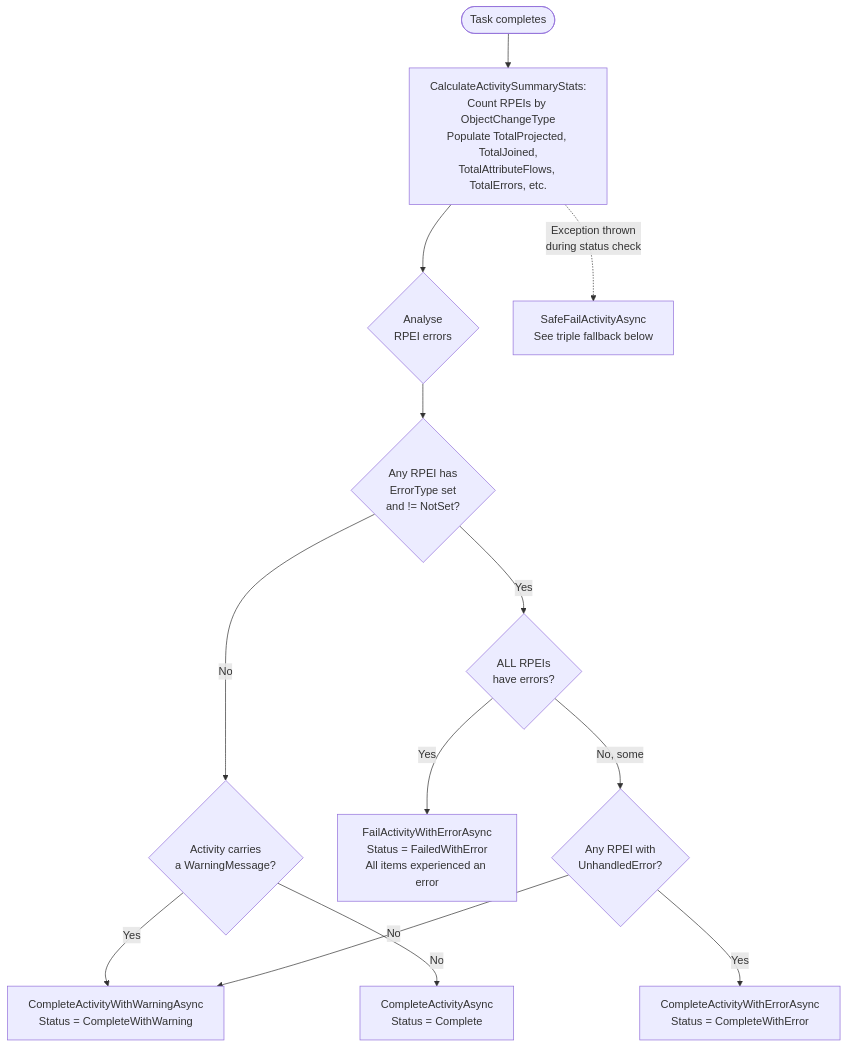
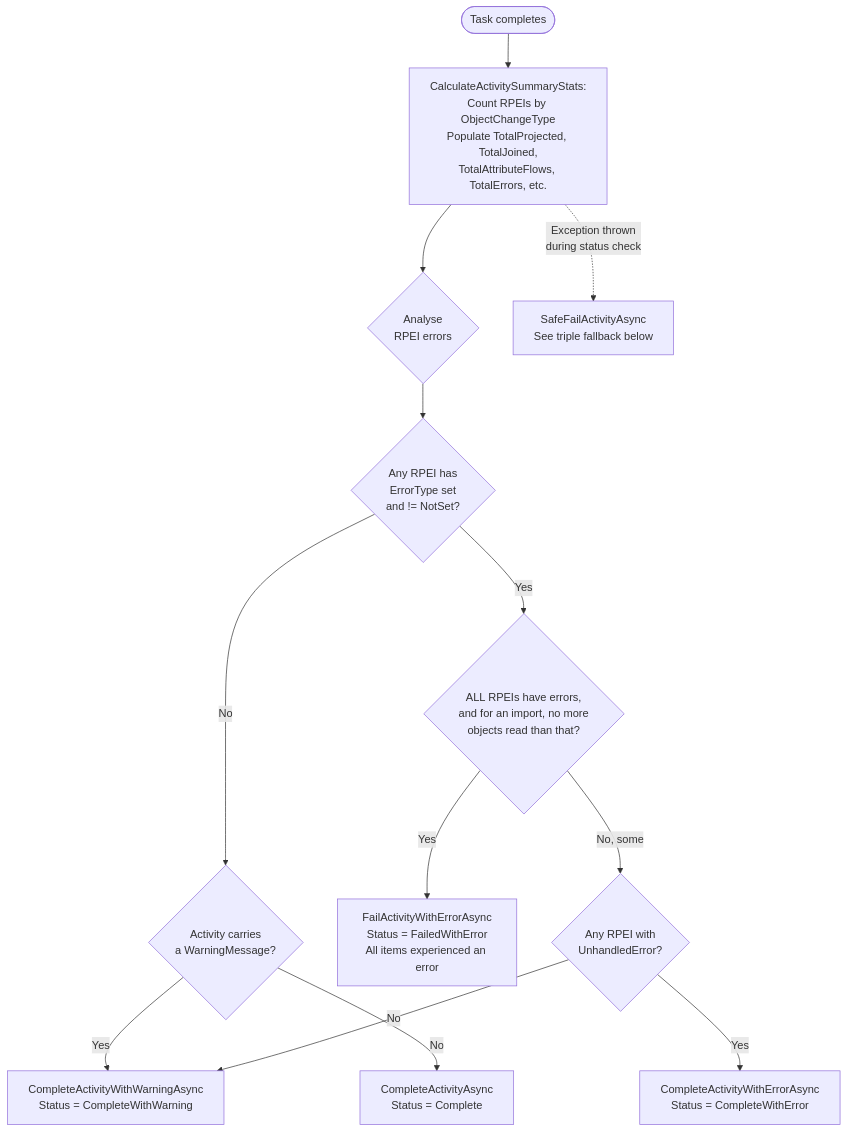
One commit to TetronIO/JIM changed the fifth of 6 diagrams in docs/developer/diagrams/ACTIVITY_AND_RPEI_FLOW.md. Above: the diagram before and after it, drawn with Mermaid. The commit also changed other lines of this file and 25 other files, not shown here.

````diff
--- a/docs/developer/diagrams/ACTIVITY_AND_RPEI_FLOW.md
+++ b/docs/developer/diagrams/ACTIVITY_AND_RPEI_FLOW.md
@@ -165,22 +165,22 @@
 ```mermaid
 flowchart TD
     TaskDone([Task completes]) --> CalcStats[CalculateActivitySummaryStats:<br/>Count RPEIs by ObjectChangeType<br/>Populate TotalProjected, TotalJoined,<br/>TotalAttributeFlows, TotalErrors, etc.]
 
     CalcStats --> CheckErrors{Analyse<br/>RPEI errors}
 
     CheckErrors --> HasErrors{Any RPEI has<br/>ErrorType set<br/>and != NotSet?}
 
     HasErrors -->|No| HasWarning{Activity carries<br/>a WarningMessage?}
     HasWarning -->|Yes| WarnActivity
     HasWarning -->|No| CompleteOk
 
-    HasErrors -->|Yes| AllErrors{ALL RPEIs<br/>have errors?}
+    HasErrors -->|Yes| AllErrors{ALL RPEIs have errors,<br/>and for an import, no more<br/>objects read than that?}
     AllErrors -->|Yes| FailActivity[FailActivityWithErrorAsync<br/>Status = FailedWithError<br/>All items experienced an error]
     AllErrors -->|No, some| Unhandled{Any RPEI with<br/>UnhandledError?}
     Unhandled -->|Yes| ErrorActivity[CompleteActivityWithErrorAsync<br/>Status = CompleteWithError]
     Unhandled -->|No| WarnActivity[CompleteActivityWithWarningAsync<br/>Status = CompleteWithWarning]
 
     CompleteOk[CompleteActivityAsync<br/>Status = Complete]
 
     CalcStats -.->|Exception thrown<br/>during status check| SafeFail[SafeFailActivityAsync<br/>See triple fallback below]
 ```
````
